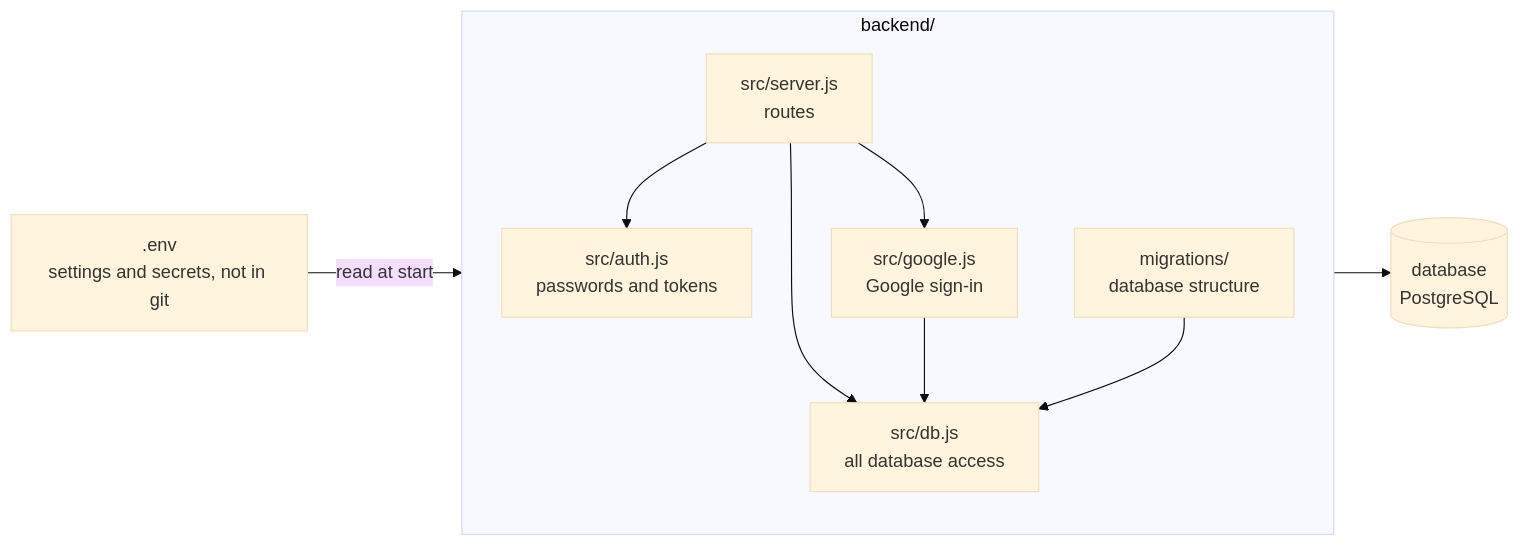
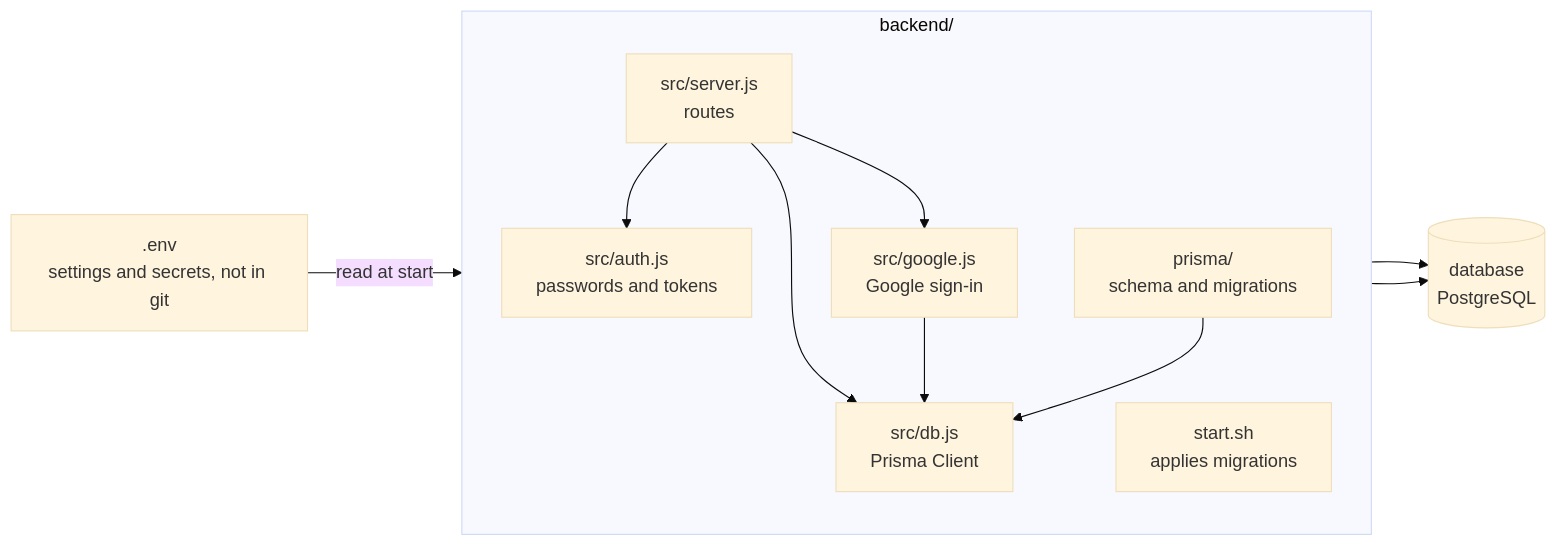
The first of 6 diagrams in docs/backend.md (biruklarebo/veylith), drawn with Mermaid (base theme) before and after one commit. The commit also changed other lines of this file and 22 other files, not shown here.

````diff
--- a/docs/backend.md
+++ b/docs/backend.md
@@ -13,23 +13,25 @@
 ```mermaid
 flowchart LR
     env[".env<br/>settings and secrets, not in git"]
 
     subgraph backend["backend/"]
         direction TB
         server["src/server.js<br/>routes"]
         auth["src/auth.js<br/>passwords and tokens"]
         google["src/google.js<br/>Google sign-in"]
-        db["src/db.js<br/>all database access"]
-        migrations["migrations/<br/>database structure"]
+        db["src/db.js<br/>Prisma Client"]
+        prisma["prisma/<br/>schema and migrations"]
+        start["start.sh<br/>applies migrations"]
     end
 
     database[("database<br/>PostgreSQL")]
 
     env -- "read at start" --> backend
     server --> auth
     server --> google
     server --> db
     google --> db
-    migrations --> db
+    prisma --> db
+    start --> database
     db --> database
 ```
````
